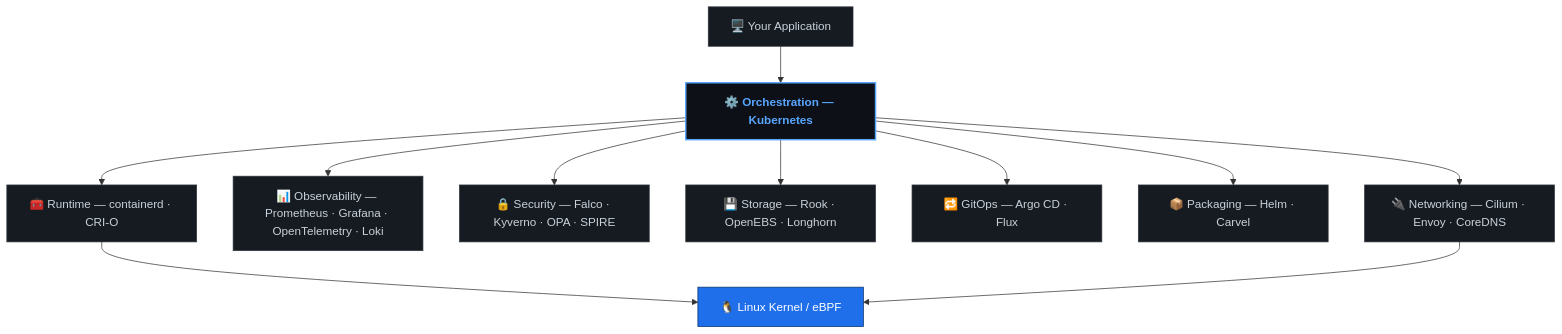
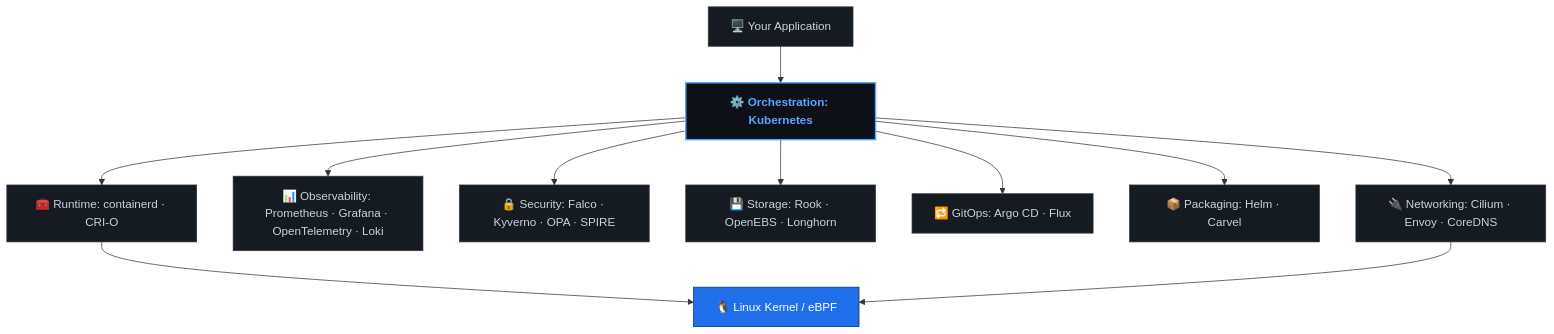
Before and after one commit to vinaykagithapu/vinay.github.io: the fourth of 10 diagrams in blog/2026-07-19-cncf-cloud-native-playbook/index.md, drawn with Mermaid. The commit also changed other lines of this file, not shown here.

````diff
--- a/blog/2026-07-19-cncf-cloud-native-playbook/index.md
+++ b/blog/2026-07-19-cncf-cloud-native-playbook/index.md
@@ -101,28 +101,28 @@
 ```mermaid
 flowchart TD
     classDef layer fill:#0d1117,stroke:#58a6ff,color:#58a6ff,stroke-width:2px,font-weight:bold
     classDef proj fill:#161b22,stroke:#30363d,color:#c9d1d9
     classDef kernel fill:#1f6feb,stroke:#0a3069,color:#fff
 
     APP["🖥️ Your Application"]:::proj
-    ORCH["⚙️ Orchestration — Kubernetes"]:::layer
-    NET["🔌 Networking — Cilium · Envoy · CoreDNS"]:::proj
-    OBS["📊 Observability — Prometheus · Grafana · OpenTelemetry · Loki"]:::proj
-    SEC["🔒 Security — Falco · Kyverno · OPA · SPIRE"]:::proj
-    STORE["💾 Storage — Rook · OpenEBS · Longhorn"]:::proj
-    GITOPS["🔁 GitOps — Argo CD · Flux"]:::proj
-    PKG["📦 Packaging — Helm · Carvel"]:::proj
-    RT["🧰 Runtime — containerd · CRI-O"]:::proj
+    ORCH["⚙️ Orchestration: Kubernetes"]:::layer
+    NET["🔌 Networking: Cilium · Envoy · CoreDNS"]:::proj
+    OBS["📊 Observability: Prometheus · Grafana · OpenTelemetry · Loki"]:::proj
+    SEC["🔒 Security: Falco · Kyverno · OPA · SPIRE"]:::proj
+    STORE["💾 Storage: Rook · OpenEBS · Longhorn"]:::proj
+    GITOPS["🔁 GitOps: Argo CD · Flux"]:::proj
+    PKG["📦 Packaging: Helm · Carvel"]:::proj
+    RT["🧰 Runtime: containerd · CRI-O"]:::proj
     KERN["🐧 Linux Kernel / eBPF"]:::kernel
 
     APP --> ORCH
     ORCH --> NET
     ORCH --> OBS
     ORCH --> SEC
     ORCH --> STORE
     ORCH --> GITOPS
     ORCH --> PKG
     ORCH --> RT
     RT --> KERN
     NET --> KERN
 ```
````
